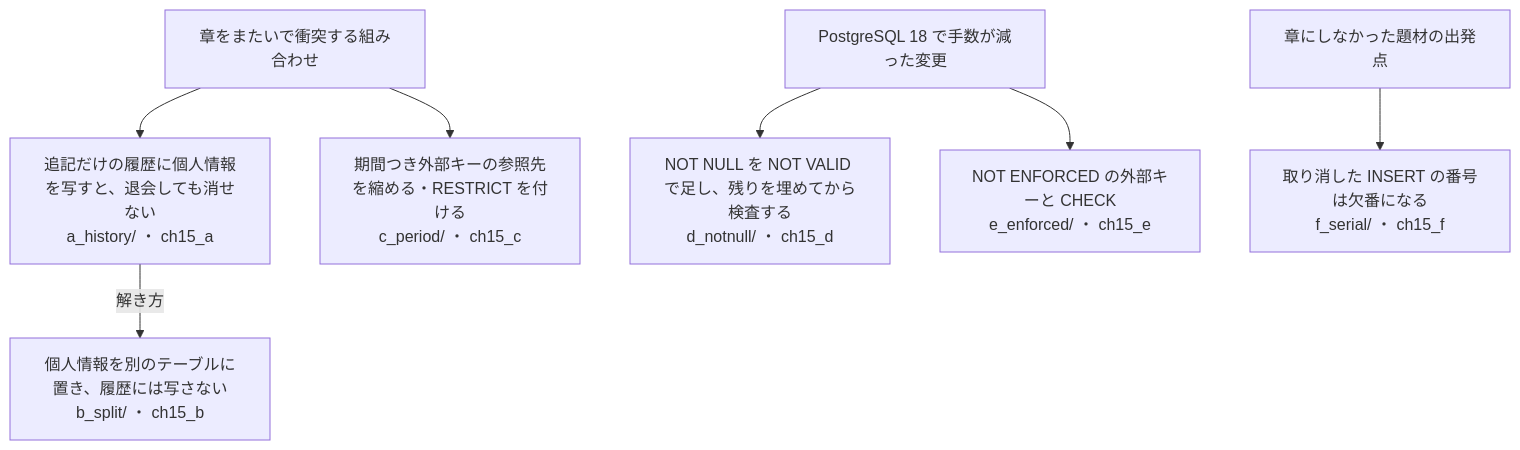
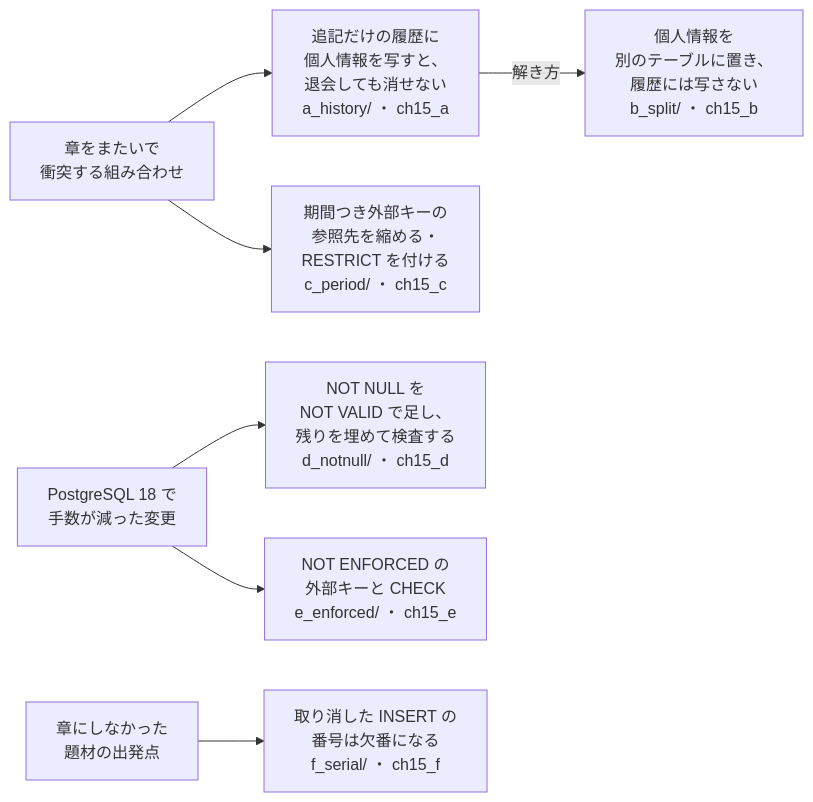
One commit to driftnode986/postgresql-db-design-samples changed the first of 8 diagrams in ch15_apply_to_your_own/README.md. Above: the diagram before and after it, drawn with Mermaid. The commit also changed other lines of this file and 15 other files, not shown here.

First line of the commit message:
docs: 設計案の構成図を縦並びにし、幅の広い ER 図を分けて、GitHub で縮まない大きさにする

````diff
--- a/ch15_apply_to_your_own/README.md
+++ b/ch15_apply_to_your_own/README.md
@@ -9,12 +9,12 @@
 ```mermaid
-flowchart TD
-  K["章をまたいで衝突する組み合わせ"]
-  K --> A["追記だけの履歴に個人情報を写すと、退会しても消せない<br/>a_history/ ・ ch15_a"]
-  A -->|解き方| B["個人情報を別のテーブルに置き、履歴には写さない<br/>b_split/ ・ ch15_b"]
-  K --> C["期間つき外部キーの参照先を縮める・RESTRICT を付ける<br/>c_period/ ・ ch15_c"]
-  P["PostgreSQL 18 で手数が減った変更"]
-  P --> D["NOT NULL を NOT VALID で足し、残りを埋めてから検査する<br/>d_notnull/ ・ ch15_d"]
-  P --> E["NOT ENFORCED の外部キーと CHECK<br/>e_enforced/ ・ ch15_e"]
-  O["章にしなかった題材の出発点"]
-  O --> F["取り消した INSERT の番号は欠番になる<br/>f_serial/ ・ ch15_f"]
+flowchart LR
+  K["章をまたいで<br/>衝突する組み合わせ"]
+  K --> A["追記だけの履歴に<br/>個人情報を写すと、<br/>退会しても消せない<br/>a_history/ ・ ch15_a"]
+  A -->|解き方| B["個人情報を<br/>別のテーブルに置き、<br/>履歴には写さない<br/>b_split/ ・ ch15_b"]
+  K --> C["期間つき外部キーの<br/>参照先を縮める・<br/>RESTRICT を付ける<br/>c_period/ ・ ch15_c"]
+  P["PostgreSQL 18 で<br/>手数が減った変更"]
+  P --> D["NOT NULL を<br/>NOT VALID で足し、<br/>残りを埋めて検査する<br/>d_notnull/ ・ ch15_d"]
+  P --> E["NOT ENFORCED の<br/>外部キーと CHECK<br/>e_enforced/ ・ ch15_e"]
+  O["章にしなかった<br/>題材の出発点"]
+  O --> F["取り消した INSERT の<br/>番号は欠番になる<br/>f_serial/ ・ ch15_f"]
 ```
````
